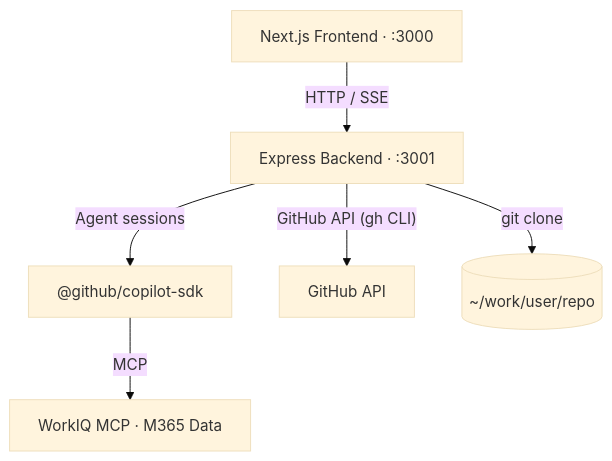
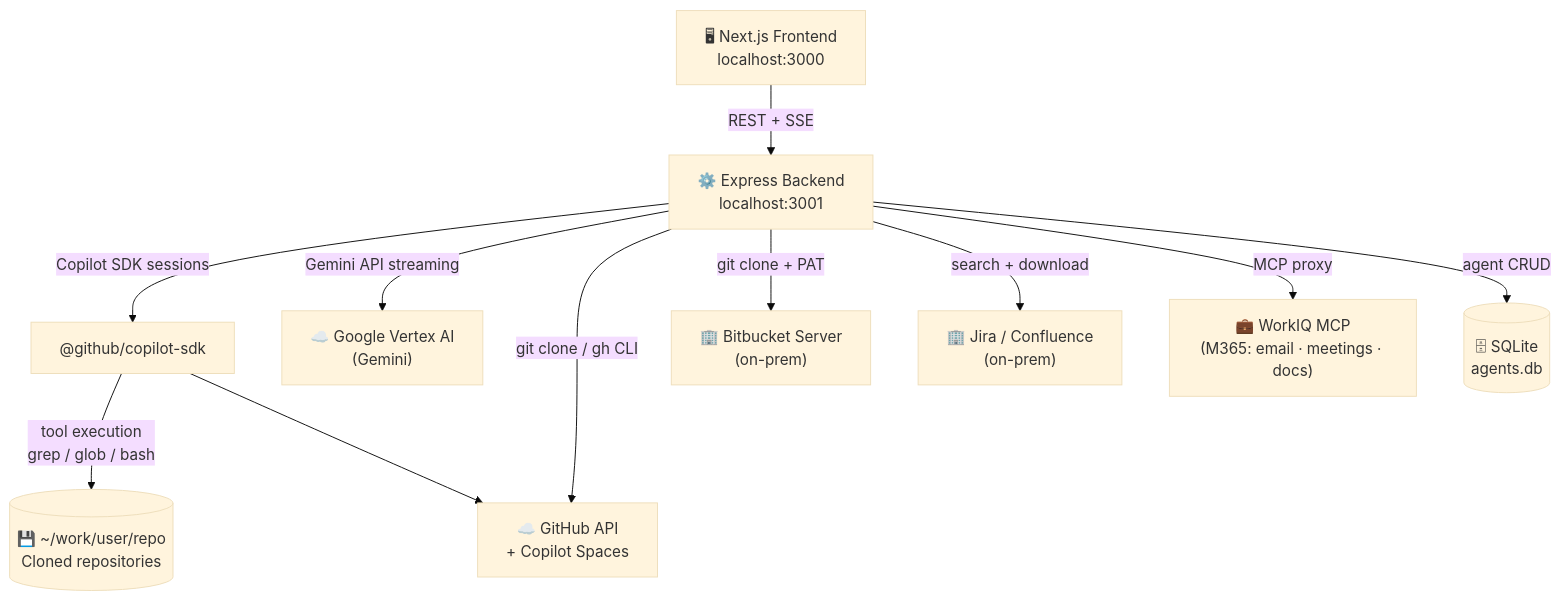
One commit to guillermolc/agentic-react changed the first of 2 diagrams in README.md. Above: the diagram before and after it, drawn with Mermaid (base theme). The commit also changed other lines of this file, not shown here.

Commit message:
docs: full README overhaul — updated diagrams, stack, structure, APIs, agents

````diff
--- a/README.md
+++ b/README.md
@@ -70,15 +56,24 @@
 ```mermaid
 flowchart TD
-    Browser["Next.js Frontend · :3000"]
-    Backend["Express Backend · :3001"]
+    Browser["🖥 Next.js Frontend\nlocalhost:3000"]
+    Backend["⚙️ Express Backend\nlocalhost:3001"]
     SDK["@github/copilot-sdk"]
-    WorkIQ["WorkIQ MCP · M365 Data"]
-    GitHubAPI["GitHub API"]
-    Repos[("~/work/user/repo")]
+    Vertex["☁️ Google Vertex AI\n(Gemini)"]
+    GitHub["☁️ GitHub API\n+ Copilot Spaces"]
+    Bitbucket["🏢 Bitbucket Server\n(on-prem)"]
+    Atlassian["🏢 Jira / Confluence\n(on-prem)"]
+    WorkIQ["💼 WorkIQ MCP\n(M365: email · meetings · docs)"]
+    Disk[("💾 ~/work/user/repo\nCloned repositories")]
+    DB[("🗄 SQLite\nagents.db")]
 
-    Browser -- "HTTP / SSE" --> Backend
-    Backend -- "Agent sessions" --> SDK
-    SDK -- "MCP" --> WorkIQ
-    Backend -- "GitHub API (gh CLI)" --> GitHubAPI
-    Backend -- "git clone" --> Repos
+    Browser -- "REST + SSE" --> Backend
+    Backend -- "Copilot SDK sessions" --> SDK
+    SDK -- "tool execution\ngrep / glob / bash" --> Disk
+    Backend -- "Gemini API streaming" --> Vertex
+    Backend -- "git clone / gh CLI" --> GitHub
+    Backend -- "git clone + PAT" --> Bitbucket
+    Backend -- "search + download" --> Atlassian
+    Backend -- "MCP proxy" --> WorkIQ
+    Backend -- "agent CRUD" --> DB
+    SDK --> GitHub
 ```
````
